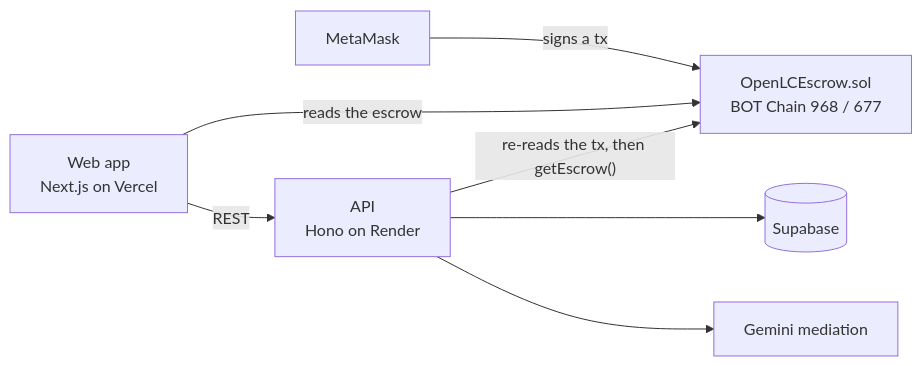
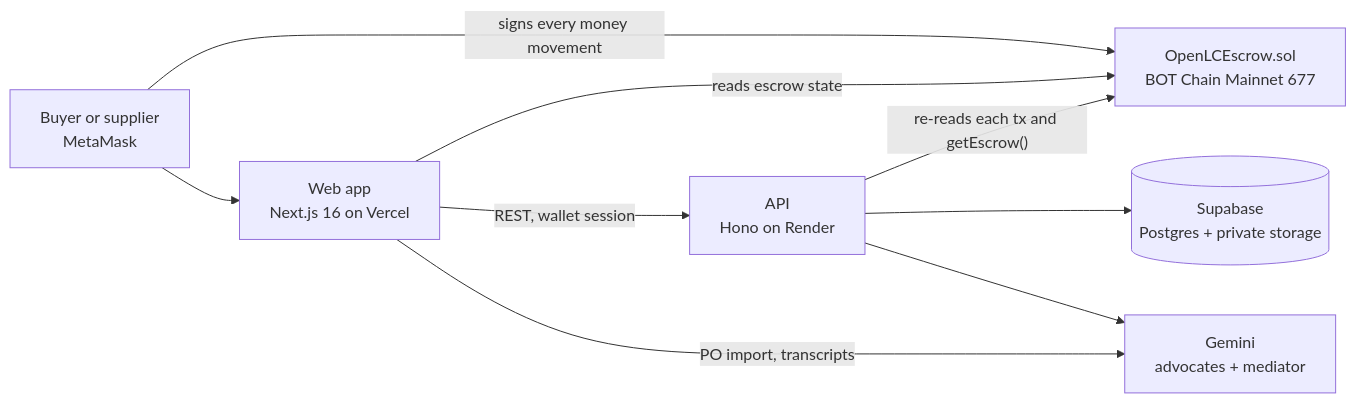
Before and after one commit to zghanw/openlc: the diagram in README.md, drawn with Mermaid. The commit also changed other lines of this file and 11 other files, not shown here.

````diff
--- a/README.md
+++ b/README.md
@@ -107,9 +185,11 @@
 ```mermaid
 flowchart LR
-    MM["MetaMask"] -- "signs a tx" --> SC["OpenLCEscrow.sol<br/>BOT Chain 968 / 677"]
-    Browser["Web app<br/>Next.js on Vercel"] -- "reads the escrow" --> SC
-    Browser -- "REST" --> API["API<br/>Hono on Render"]
-    API -- "re-reads the tx, then getEscrow()" --> SC
-    API --> DB[("Supabase")]
-    API --> AI["Gemini mediation"]
+    User["Buyer or supplier<br/>MetaMask"] -- "signs every money movement" --> SC["OpenLCEscrow.sol<br/>BOT Chain Mainnet 677"]
+    Web["Web app<br/>Next.js 16 on Vercel"] -- "reads escrow state" --> SC
+    User --> Web
+    Web -- "REST, wallet session" --> API["API<br/>Hono on Render"]
+    API -- "re-reads each tx and getEscrow()" --> SC
+    API --> DB[("Supabase<br/>Postgres + private storage")]
+    API --> AI["Gemini<br/>advocates + mediator"]
+    Web -- "PO import, transcripts" --> AI
 ```
````
